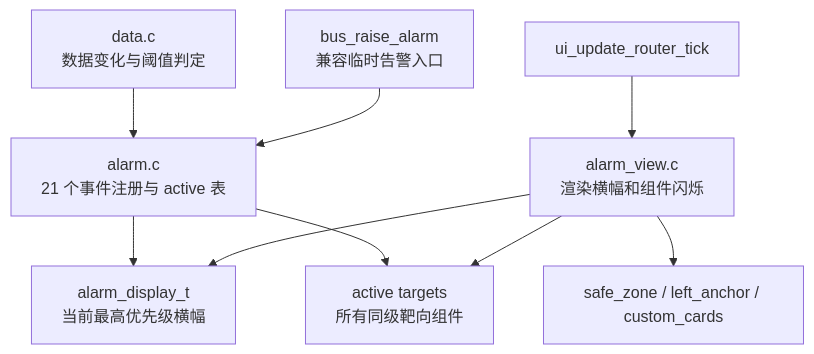
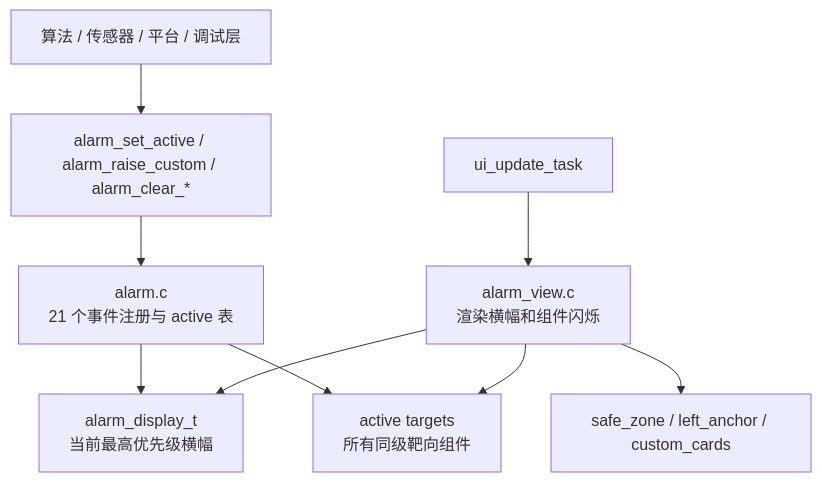
Before and after one commit to arexvision/lv_port_win_codeblocks-release-v8.3_hasGroup: the sixth of 7 diagrams in UI_html_DOC/UI_MODULE_MAP.md, drawn with Mermaid. The commit also changed other lines of this file and 1 other file, not shown here.

````diff
--- a/UI_html_DOC/UI_MODULE_MAP.md
+++ b/UI_html_DOC/UI_MODULE_MAP.md
@@ -130,11 +176,11 @@
 ```mermaid
 flowchart TD
-    DataLayer["data.c<br/>数据变化与阈值判定"] --> AlarmEngine["alarm.c<br/>21 个事件注册与 active 表"]
-    Compat["bus_raise_alarm<br/>兼容临时告警入口"] --> AlarmEngine
+    Owner["算法 / 传感器 / 平台 / 调试层"] --> AlarmAPI["alarm_set_active / alarm_raise_custom / alarm_clear_*"]
+    AlarmAPI --> AlarmEngine["alarm.c<br/>21 个事件注册与 active 表"]
     AlarmEngine --> Display["alarm_display_t<br/>当前最高优先级横幅"]
     AlarmEngine --> Targets["active targets<br/>所有同级靶向组件"]
-    UpdateRouter["ui_update_router_tick"] --> AlarmView["alarm_view.c<br/>渲染横幅和组件闪烁"]
+    UpdateTask["ui_update_task"] --> AlarmView["alarm_view.c<br/>渲染横幅和组件闪烁"]
     AlarmView --> Display
     AlarmView --> Targets
     AlarmView --> ScreenObjects["safe_zone / left_anchor / custom_cards"]
 ```
````
